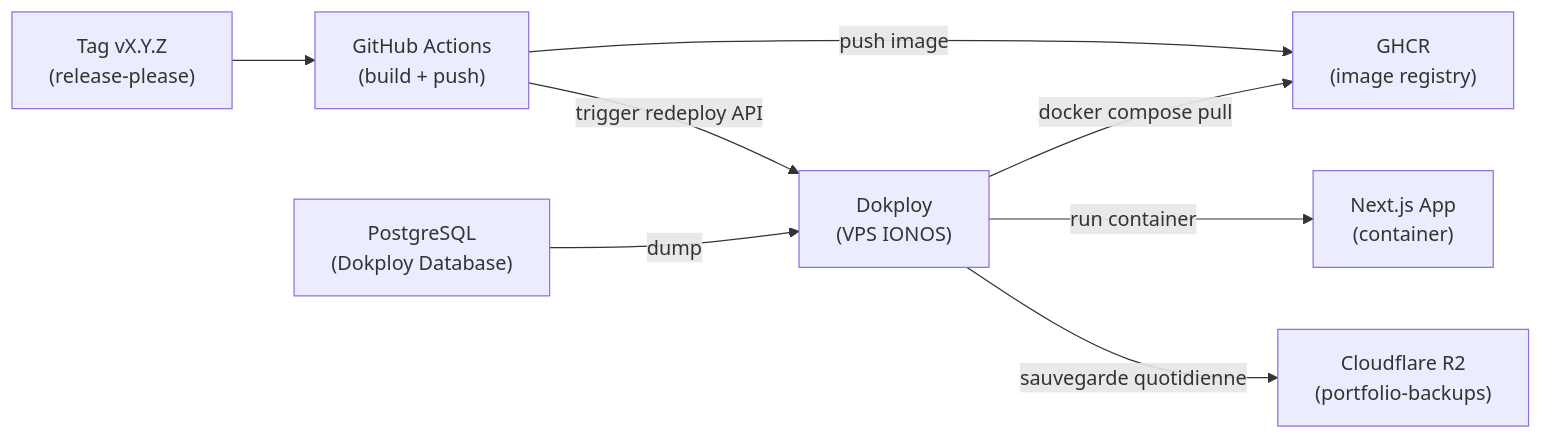
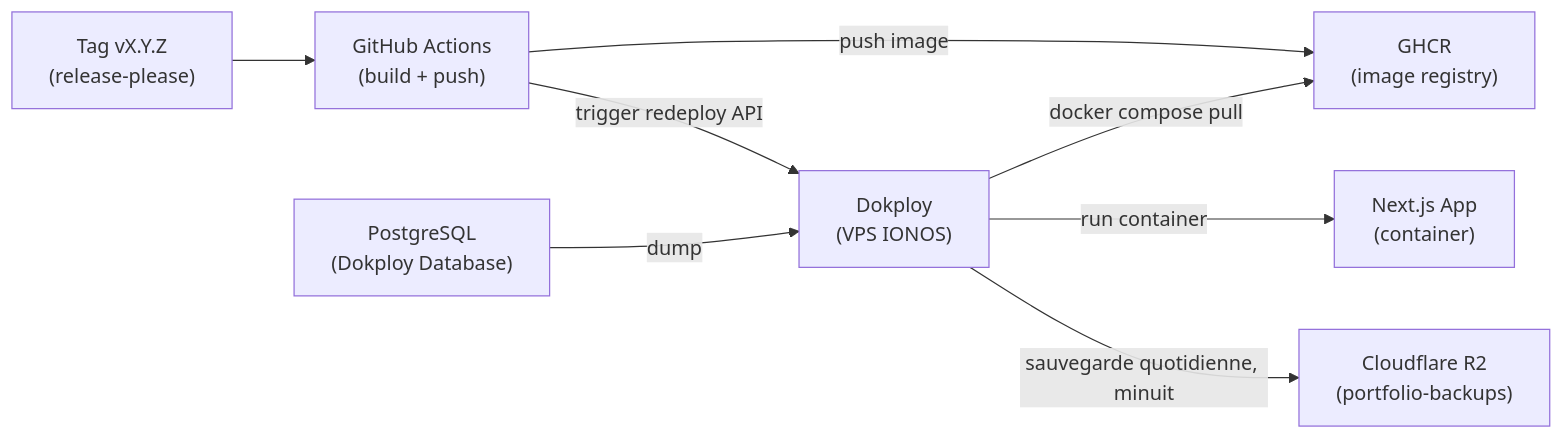
The second of 4 diagrams in docs/ARCHITECTURE.md (thibaud57/thibaud-geisler-portfolio), drawn with Mermaid before and after one commit. The commit also changed other lines of this file and 9 other files, not shown here.

````diff
--- a/docs/ARCHITECTURE.md
+++ b/docs/ARCHITECTURE.md
@@ -128,18 +128,18 @@
 ```mermaid
 graph LR
     Tag["Tag vX.Y.Z<br/>(release-please)"]
     GHA["GitHub Actions<br/>(build + push)"]
     GHCR["GHCR<br/>(image registry)"]
     Dokploy["Dokploy<br/>(VPS IONOS)"]
     Next["Next.js App<br/>(container)"]
     PG["PostgreSQL<br/>(Dokploy Database)"]
     R2["Cloudflare R2<br/>(portfolio-backups)"]
 
     Tag --> GHA
     GHA -->|push image| GHCR
     GHA -->|trigger redeploy API| Dokploy
     Dokploy -->|docker compose pull| GHCR
     Dokploy -->|run container| Next
     PG -->|dump| Dokploy
-    Dokploy -->|sauvegarde quotidienne| R2
+    Dokploy -->|sauvegarde quotidienne, minuit| R2
 ```
````
